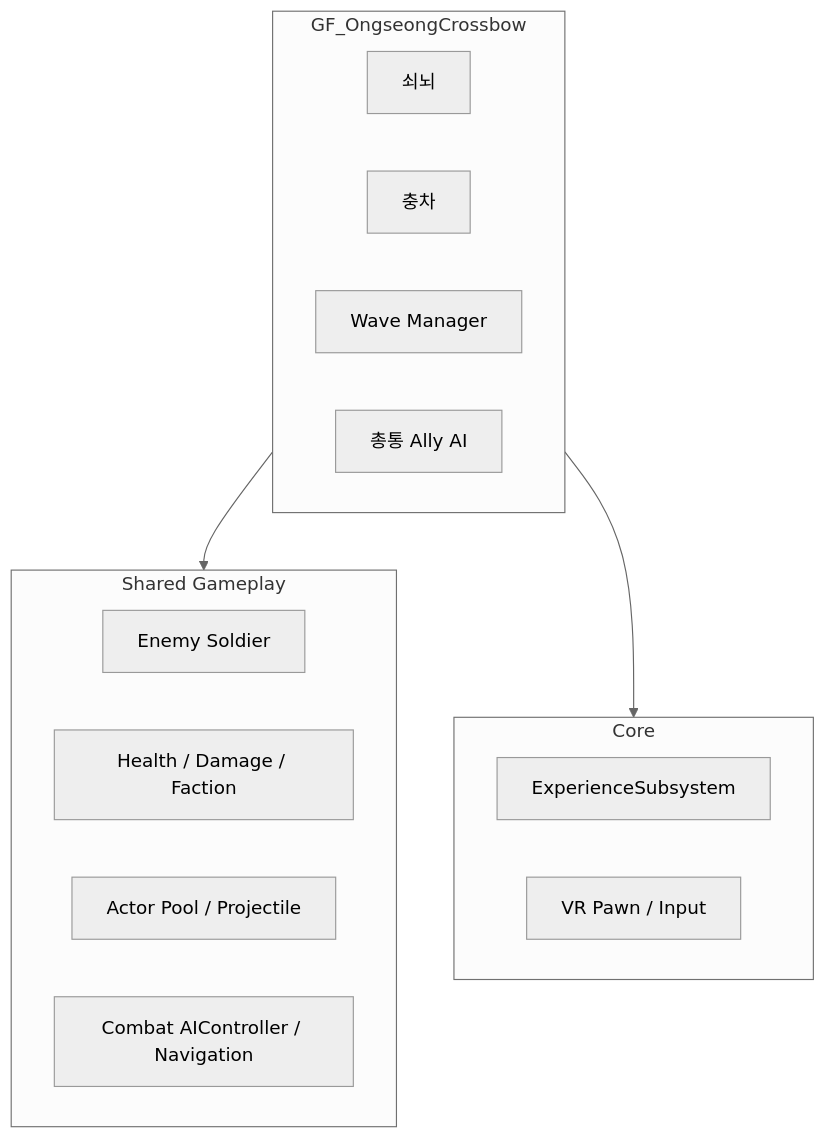
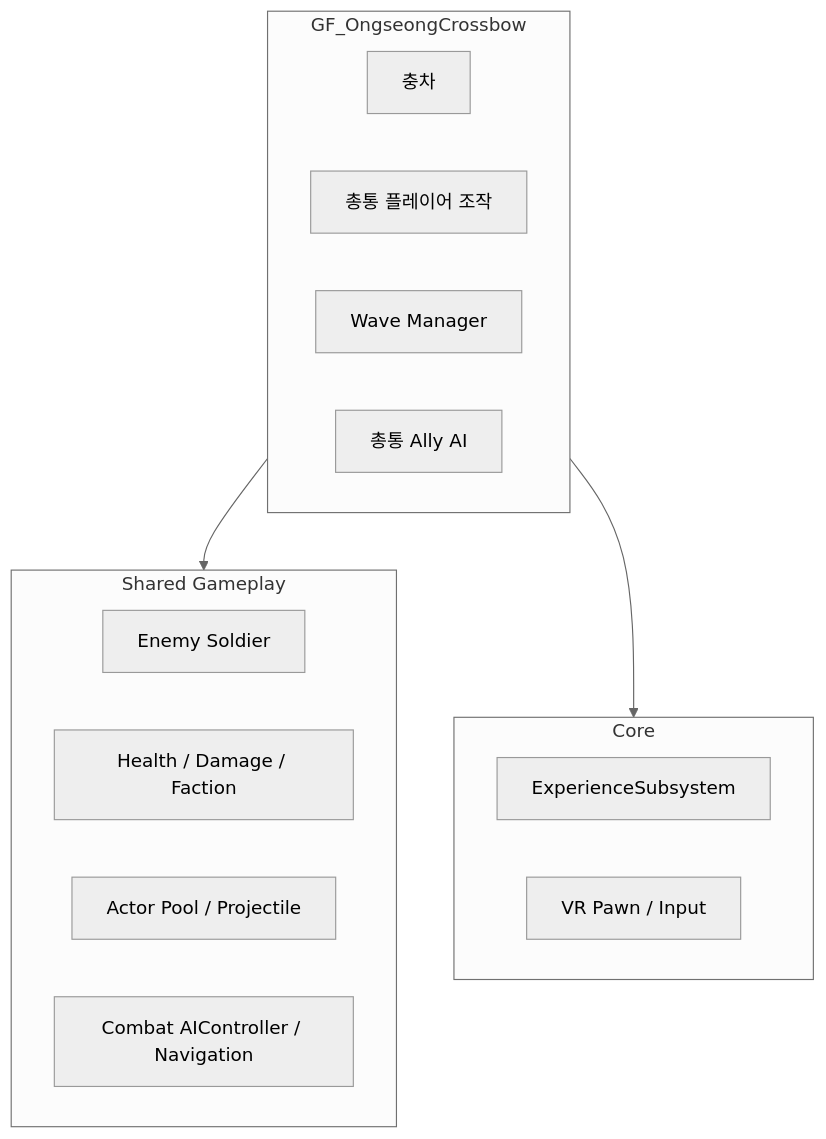
Before and after one commit to jihoon-c/SuwonSiegeContestVR: the first of 2 diagrams in docs/OngseongCrossbow/ARCHITECTURE.md, drawn with Mermaid (neutral theme). The commit also changed other lines of this file and 58 other files, not shown here.

````diff
--- a/docs/OngseongCrossbow/ARCHITECTURE.md
+++ b/docs/OngseongCrossbow/ARCHITECTURE.md
@@ -27,21 +33,21 @@
 ```mermaid
 graph TD
     subgraph FEATURE[GF_OngseongCrossbow]
-      CROSSBOW[쇠뇌]
       RAM[충차]
+      PLAYER[총통 플레이어 조작]
       WAVE[Wave Manager]
       CHONGTONG[총통 Ally AI]
     end
     subgraph SHARED[Shared Gameplay]
       ENEMY[Enemy Soldier]
       COMBAT[Health / Damage / Faction]
       POOL[Actor Pool / Projectile]
       AI[Combat AIController / Navigation]
     end
     subgraph CORE[Core]
       EXPERIENCE[ExperienceSubsystem]
       VR[VR Pawn / Input]
     end
     FEATURE --> SHARED
     FEATURE --> CORE
 ```
````
